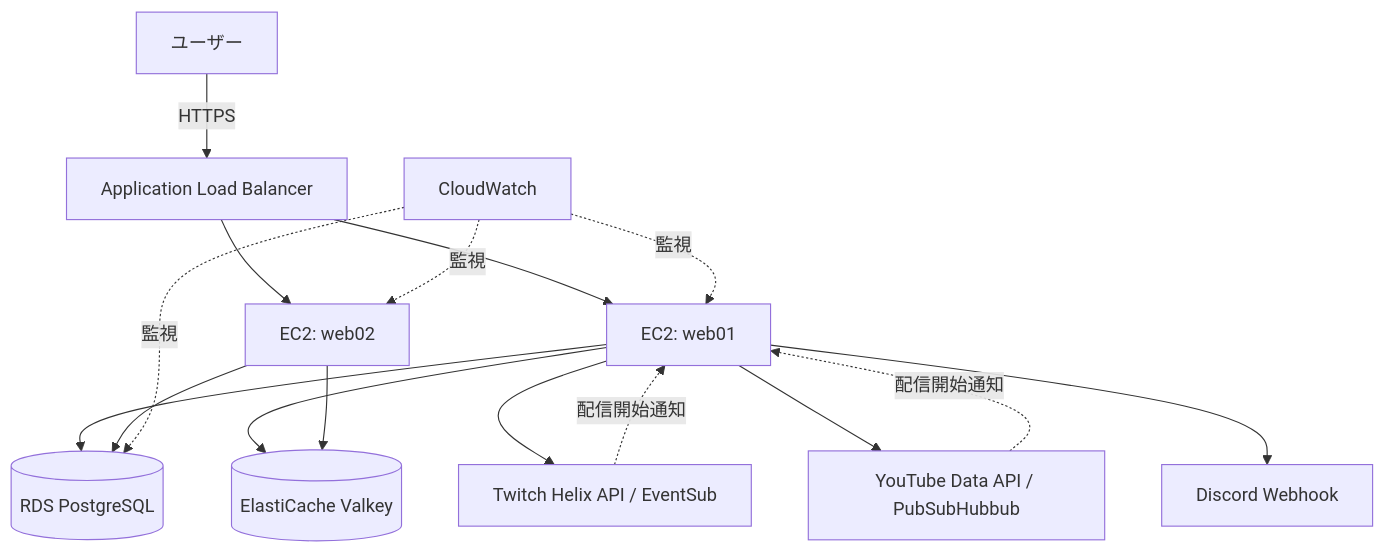
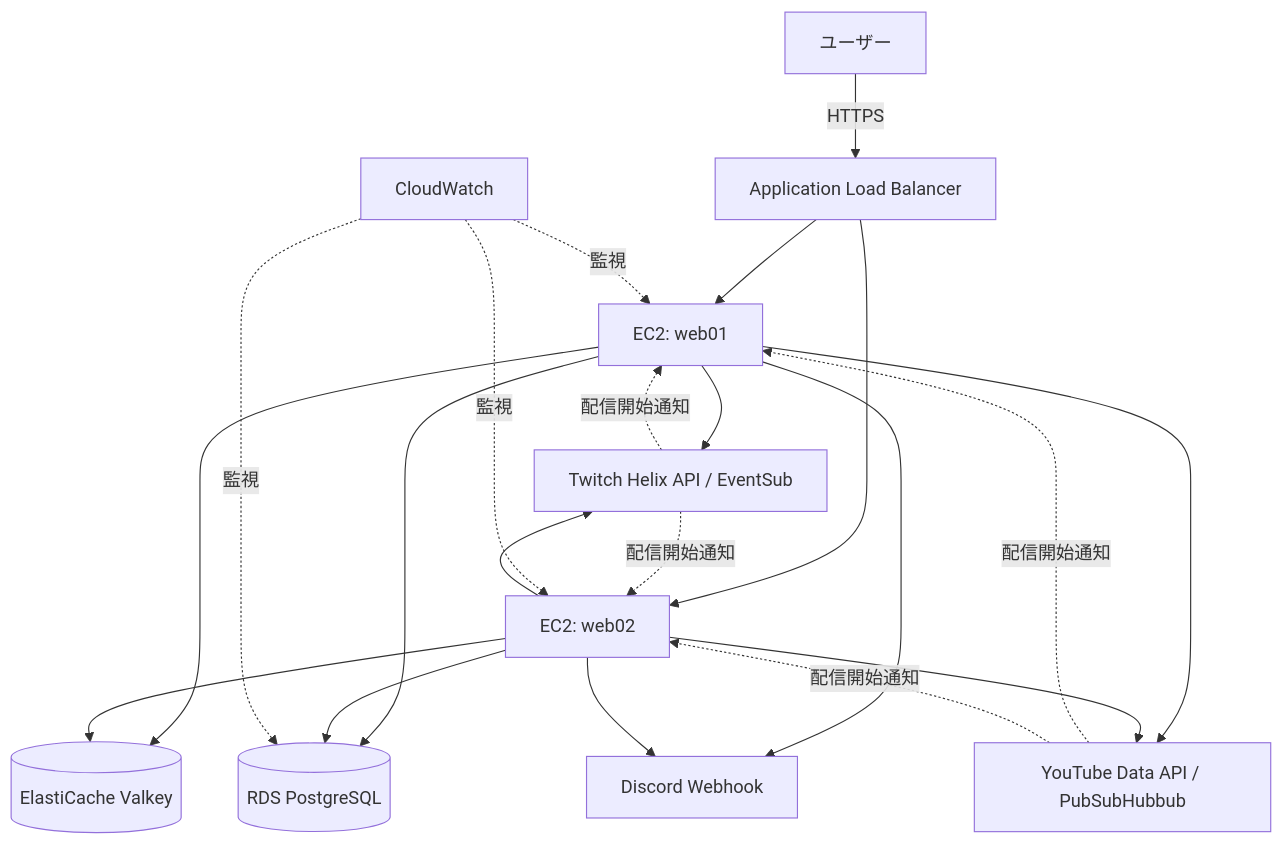
Before and after one commit to Watari1334/streamnotify: the diagram in README.md, drawn with Mermaid.

Commit message:
Add Web02 connections to Twitch, YouTube, and Discord

````diff
--- a/README.md
+++ b/README.md
@@ -30,18 +30,23 @@
 ```mermaid
 flowchart TD
     User[ユーザー] -->|HTTPS| ALB[Application Load Balancer]
     ALB --> Web01[EC2: web01]
     ALB --> Web02[EC2: web02]
     Web01 --> RDS[(RDS PostgreSQL)]
     Web02 --> RDS
     Web01 --> Cache[(ElastiCache Valkey)]
     Web02 --> Cache
     Web01 --> Twitch[Twitch Helix API / EventSub]
+    Web02 --> Twitch
     Web01 --> YouTube[YouTube Data API / PubSubHubbub]
+    Web02 --> YouTube
     Twitch -.配信開始通知.-> Web01
+    Twitch -.配信開始通知.-> Web02
     YouTube -.配信開始通知.-> Web01
+    YouTube -.配信開始通知.-> Web02
     Web01 --> Discord[Discord Webhook]
+    Web02 --> Discord
     CW[CloudWatch] -.監視.-> Web01
     CW -.監視.-> Web02
     CW -.監視.-> RDS
 ```
````
